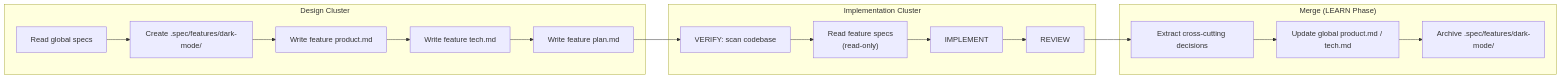
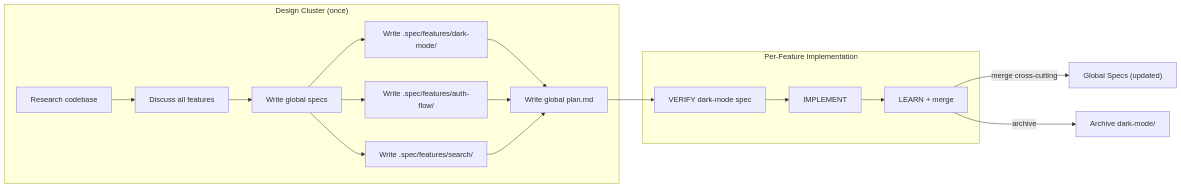
One commit to LennardZuendorf/vibe changed the third of 11 diagrams in .spec/product-design.md. Above: the diagram before and after it, drawn with Mermaid. The commit also changed other lines of this file and 1 other file, not shown here.

First line of the commit message:
update: Design Cluster as project bootstrap, Implementation Cluster per-feature

````diff
--- a/.spec/product-design.md
+++ b/.spec/product-design.md
@@ -149,23 +180,19 @@
 ```mermaid
 flowchart LR
-    subgraph "Design Cluster"
-        READ_GLOBAL["Read global specs"] --> CREATE_FEATURE["Create .spec/features/dark-mode/"]
-        CREATE_FEATURE --> WRITE_PRODUCT["Write feature product.md"]
-        WRITE_PRODUCT --> WRITE_TECH["Write feature tech.md"]
-        WRITE_TECH --> WRITE_PLAN["Write feature plan.md"]
+    subgraph "Design Cluster (once)"
+        RESEARCH_ALL["Research codebase"] --> DISCUSS_ALL["Discuss all features"]
+        DISCUSS_ALL --> GLOBAL_SPECS["Write global specs"]
+        GLOBAL_SPECS --> FEATURE_A["Write .spec/features/dark-mode/"]
+        GLOBAL_SPECS --> FEATURE_B["Write .spec/features/auth-flow/"]
+        GLOBAL_SPECS --> FEATURE_C["Write .spec/features/search/"]
+        FEATURE_A & FEATURE_B & FEATURE_C --> GLOBAL_PLAN["Write global plan.md"]
     end
 
-    subgraph "Implementation Cluster"
-        VERIFY_SPEC["VERIFY: scan codebase"] --> READ_FEATURE["Read feature specs<br/>(read-only)"]
-        READ_FEATURE --> IMPLEMENT_CODE["IMPLEMENT"]
-        IMPLEMENT_CODE --> REVIEW_CODE["REVIEW"]
+    subgraph "Per-Feature Implementation"
+        VERIFY_A["VERIFY dark-mode spec"] --> IMPL_A["IMPLEMENT"] --> LEARN_A["LEARN + merge"]
     end
 
-    subgraph "Merge (LEARN Phase)"
-        EXTRACT["Extract cross-cutting decisions"] --> UPDATE_GLOBAL["Update global product.md / tech.md"]
-        UPDATE_GLOBAL --> ARCHIVE["Archive .spec/features/dark-mode/"]
-    end
-
-    WRITE_PLAN --> VERIFY_SPEC
-    REVIEW_CODE --> EXTRACT
+    GLOBAL_PLAN --> VERIFY_A
+    LEARN_A -->|"merge cross-cutting"| GLOBAL_UPDATED["Global Specs (updated)"]
+    LEARN_A -->|"archive"| ARCHIVE["Archive dark-mode/"]
 ```
````
